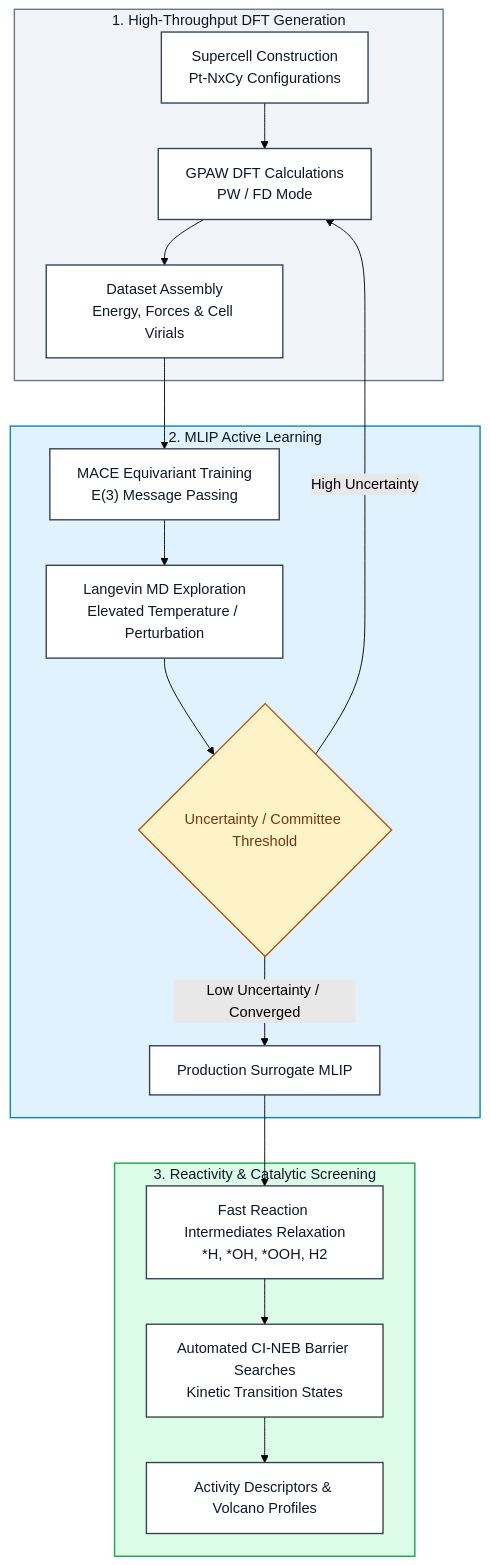
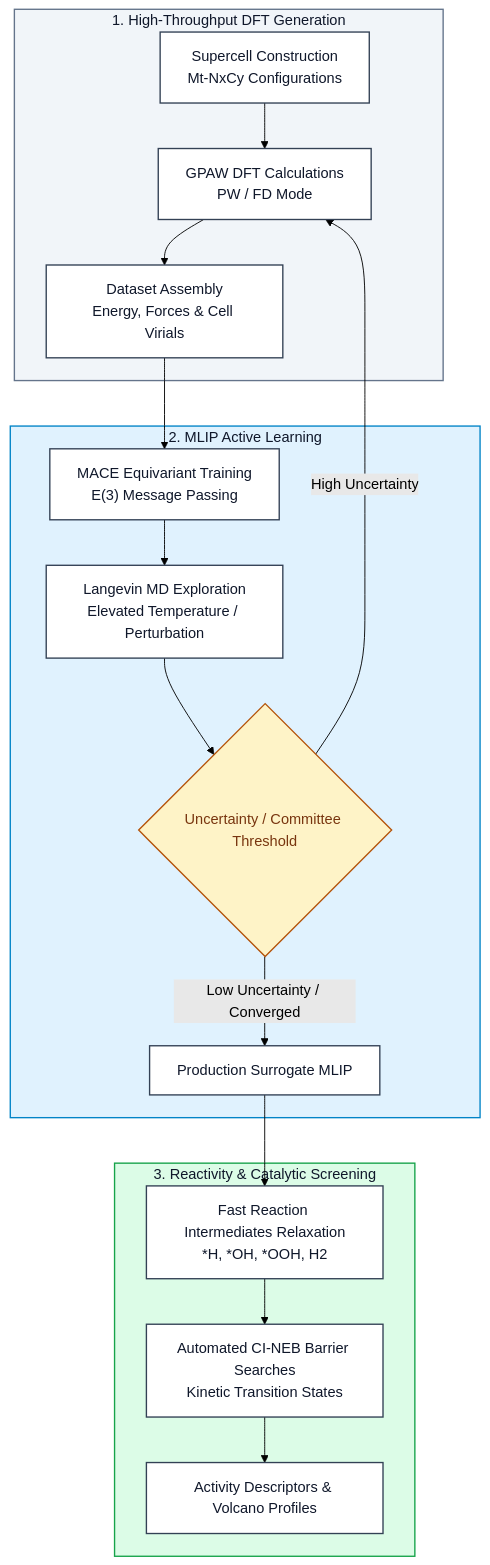
The diagram in README.md (safouanziat/Autonomous_Pipeline_SAC), drawn with Mermaid (forest theme) before and after one commit. The commit also changed other lines of this file, not shown here.

Commit message:
Update README for transition from Pt to Mt configurations

````diff
--- a/README.md
+++ b/README.md
@@ -30,28 +30,28 @@
 ```mermaid
 flowchart TD
     classDef stepCard fill:#ffffff,stroke:#334155,stroke-width:1.5px,color:#0f172a
     classDef decisionCard fill:#fef3c7,stroke:#b45309,stroke-width:1.5px,color:#78350f
 
     subgraph S1["1. High-Throughput DFT Generation"]
-        A["Supercell Construction<br>Pt-NxCy Configurations"]:::stepCard --> B["GPAW DFT Calculations<br>PW / FD Mode"]:::stepCard
+        A["Supercell Construction<br>Mt-NxCy Configurations"]:::stepCard --> B["GPAW DFT Calculations<br>PW / FD Mode"]:::stepCard
         B --> C["Dataset Assembly<br>Energy, Forces & Cell Virials"]:::stepCard
     end
 
     subgraph S2["2. MLIP Active Learning"]
         C --> D["MACE Equivariant Training<br>E(3) Message Passing"]:::stepCard
         D --> E["Langevin MD Exploration<br>Elevated Temperature / Perturbation"]:::stepCard
         E --> F{"Uncertainty / Committee Threshold"}:::decisionCard
         F -- High Uncertainty --> B
         F -- Low Uncertainty / Converged --> G["Production Surrogate MLIP"]:::stepCard
     end
 
     subgraph S3["3. Reactivity & Catalytic Screening"]
         G --> H["Fast Reaction Intermediates Relaxation<br>*H, *OH, *OOH, H2"]:::stepCard
         H --> I["Automated CI-NEB Barrier Searches<br>Kinetic Transition States"]:::stepCard
         I --> J["Activity Descriptors & Volcano Profiles"]:::stepCard
     end
 
     style S1 fill:#f1f5f9,stroke:#64748b,stroke-width:1.5px,color:#0f172a
     style S2 fill:#e0f2fe,stroke:#0284c7,stroke-width:1.5px,color:#0f172a
     style S3 fill:#dcfce7,stroke:#16a34a,stroke-width:1.5px,color:#0f172a
 ```
````
